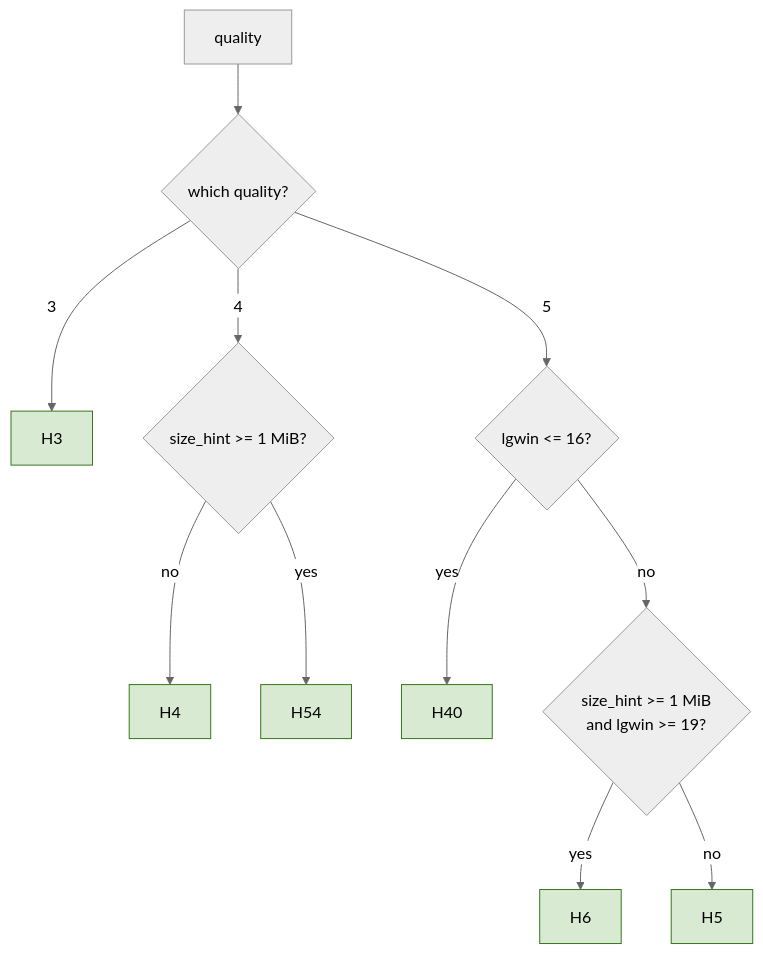
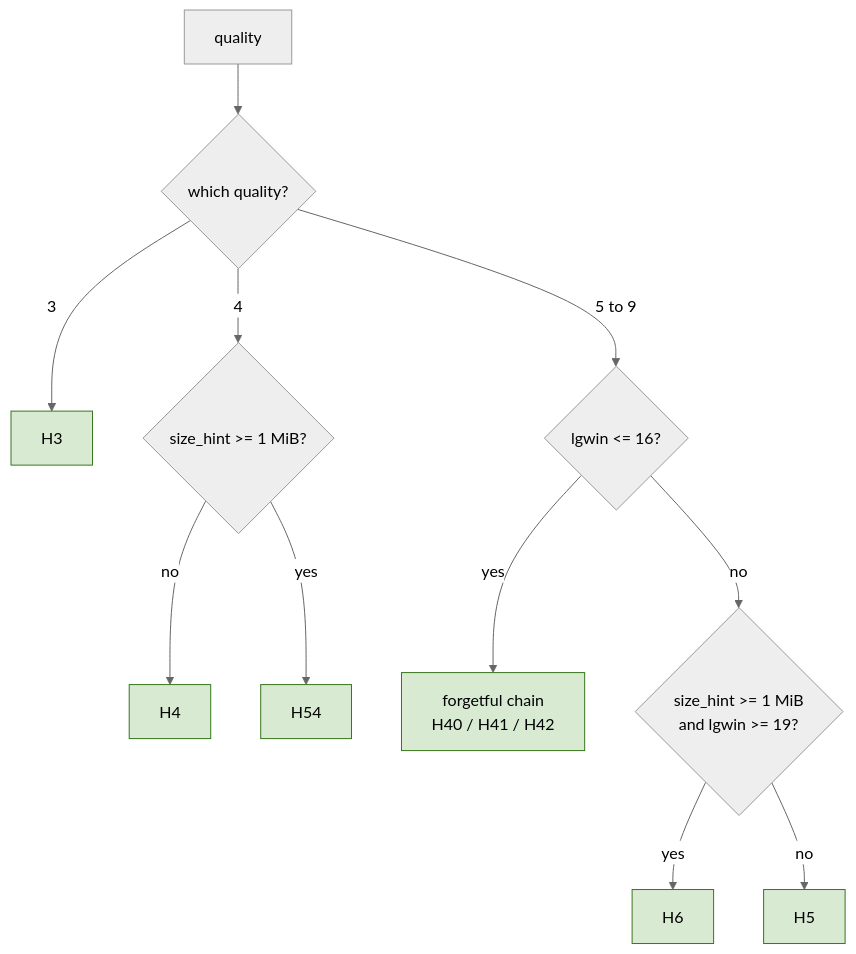
The second of 9 diagrams in architecture/greedy-encoder.md (Mnwa/mbrotli), drawn with Mermaid (neutral theme) before and after one commit. The commit also changed other lines of this file and 107 other files, not shown here.

````diff
--- a/architecture/greedy-encoder.md
+++ b/architecture/greedy-encoder.md
@@ -108,16 +126,16 @@
 ```mermaid
 flowchart TD
     q["quality"] --> plan{"which quality?"}
     plan -->|3| h3["H3"]
     plan -->|4| q4{"size_hint >= 1 MiB?"}
     q4 -->|no| h4["H4"]
     q4 -->|yes| h54["H54"]
-    plan -->|5| q5{"lgwin <= 16?"}
-    q5 -->|yes| h40["H40"]
+    plan -->|5 to 9| q5{"lgwin <= 16?"}
+    q5 -->|yes| chain["forgetful chain<br/>H40 / H41 / H42"]
     q5 -->|no| big{"size_hint >= 1 MiB<br/>and lgwin >= 19?"}
     big -->|yes| h6["H6"]
     big -->|no| h5["H5"]
 
     classDef fixed fill:#d9ead3,stroke:#38761d;
-    class h3,h4,h54,h40,h5,h6 fixed;
+    class h3,h4,h54,chain,h5,h6 fixed;
 ```
````
